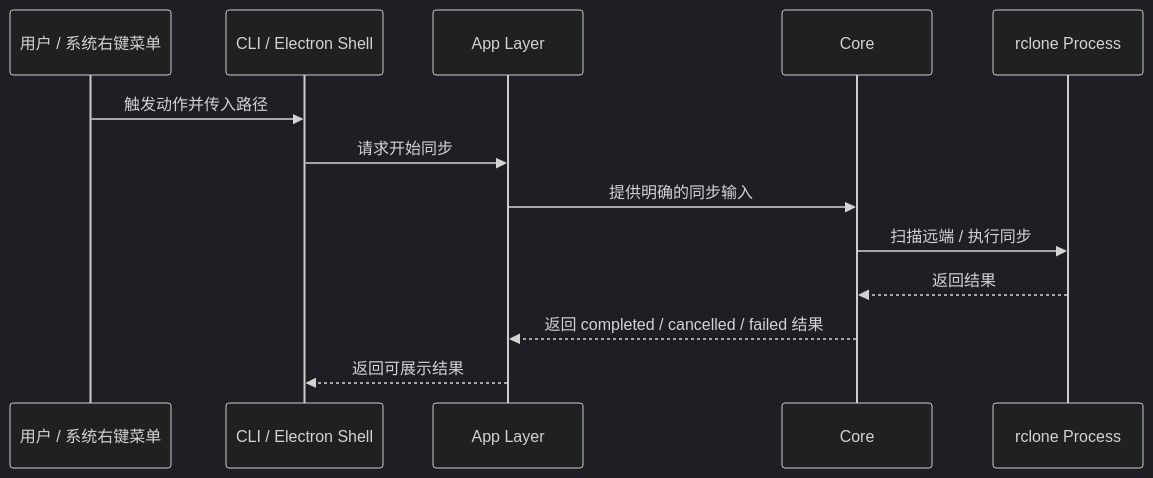
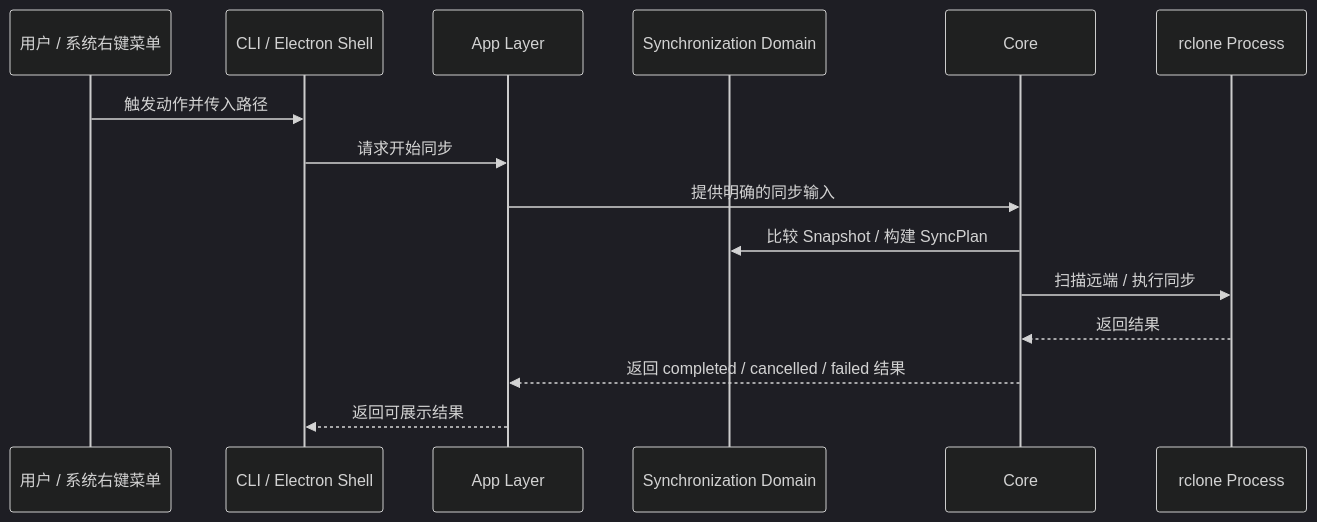
The first of 4 diagrams in docs/Architecture.md (agalloch21/sync-with-rclone), drawn with Mermaid (dark theme) before and after one commit. The commit also changed other lines of this file and 12 other files, not shown here.

Commit message:
4A: pure synchronization rules now live under domain/synchronization

````diff
--- a/docs/Architecture.md
+++ b/docs/Architecture.md
@@ -13,16 +14,18 @@
 ```mermaid
 sequenceDiagram
   participant U as 用户 / 系统右键菜单
   participant S as CLI / Electron Shell
   participant A as App Layer
+  participant D as Synchronization Domain
   participant C as Core
   participant RC as rclone Process
 
   U->>S: 触发动作并传入路径
   S->>A: 请求开始同步
   A->>C: 提供明确的同步输入
+  C->>D: 比较 Snapshot / 构建 SyncPlan
   C->>RC: 扫描远端 / 执行同步
   RC-->>C: 返回结果
   C-->>A: 返回 completed / cancelled / failed 结果
   A-->>S: 返回可展示结果
 ```
````
